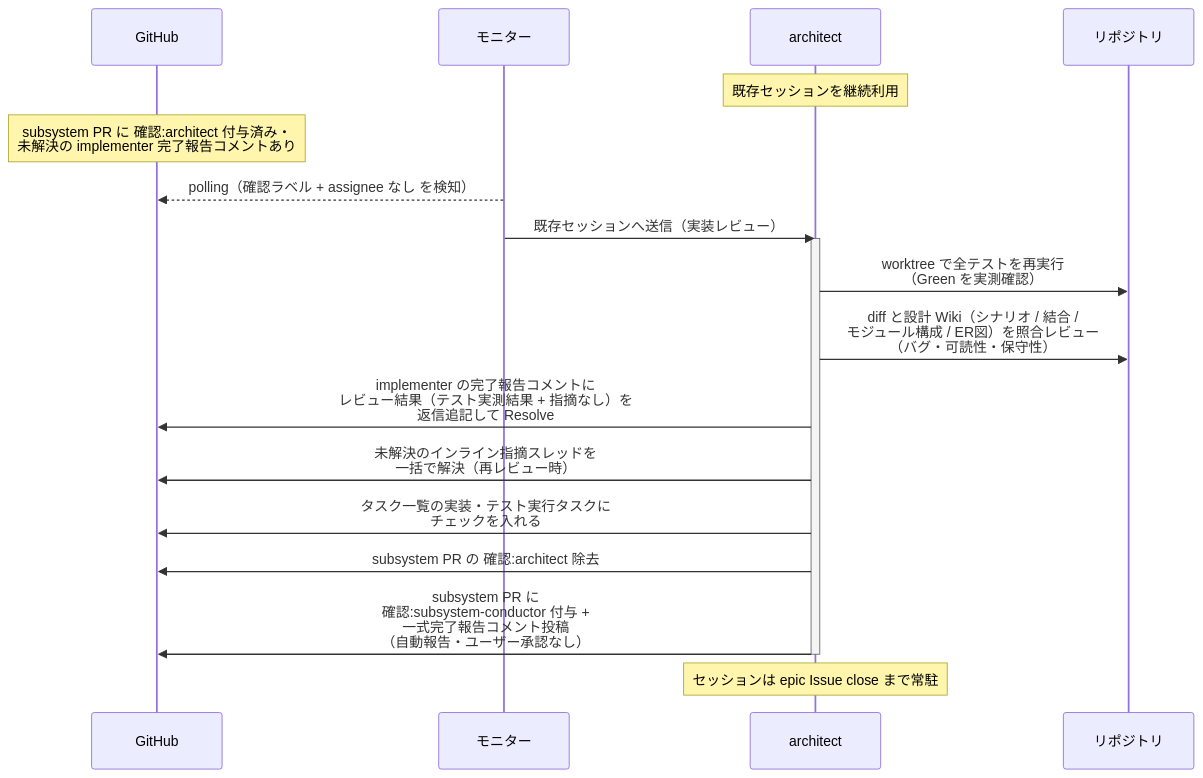
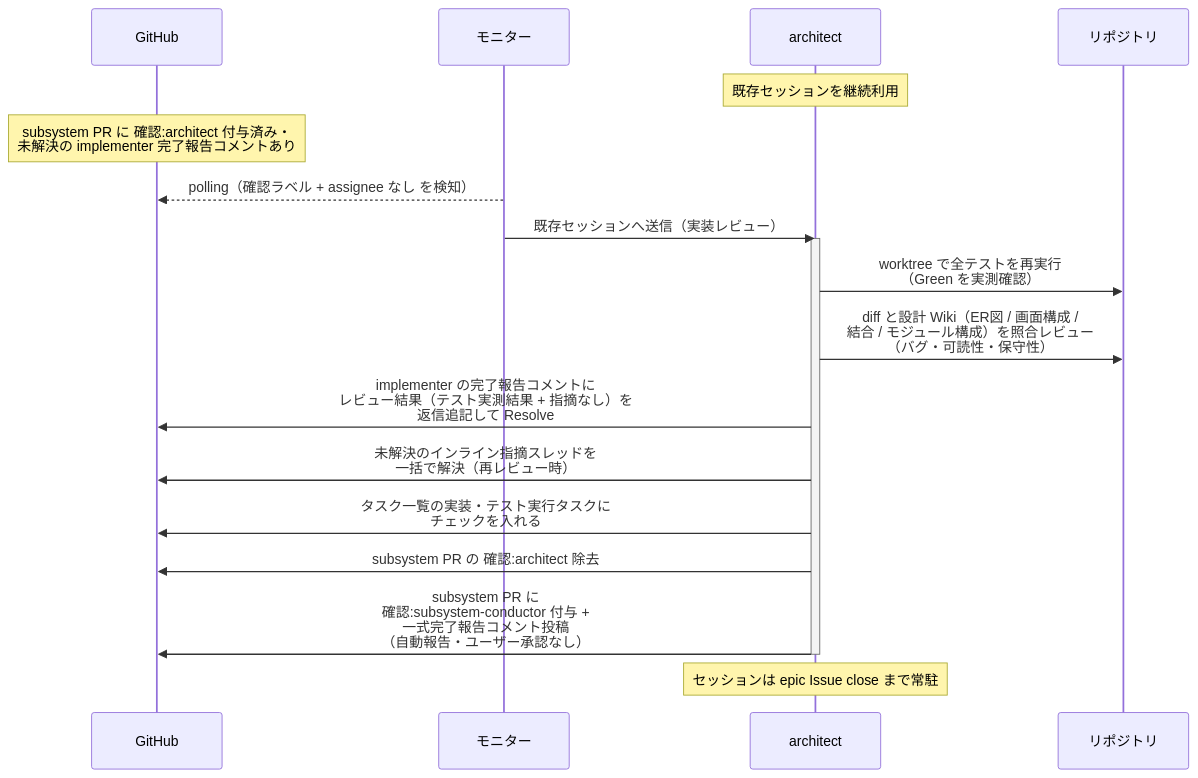
One commit to shuhei1101/ai-monitor changed the first of 2 diagrams in docs/wiki/設計図/シナリオ/単一ユースケース/実装レビュー.md. Above: the diagram before and after it, drawn with Mermaid. The commit also changed 67 other files, not shown here.

````diff
--- a/docs/wiki/設計図/シナリオ/単一ユースケース/実装レビュー.md
+++ b/docs/wiki/設計図/シナリオ/単一ユースケース/実装レビュー.md
@@ -25,22 +25,22 @@
 ```mermaid
 sequenceDiagram
   participant GH as GitHub
   participant ORC as モニター
   participant MON as architect
   participant REPO as リポジトリ
 
   Note over MON: 既存セッションを継続利用
   Note over GH: subsystem PR に 確認:architect 付与済み・<br>未解決の implementer 完了報告コメントあり
   ORC-->>GH: polling（確認ラベル + assignee なし を検知）
   ORC->>MON: 既存セッションへ送信（実装レビュー）
   activate MON
   MON->>REPO: worktree で全テストを再実行<br>（Green を実測確認）
-  MON->>REPO: diff と設計 Wiki（シナリオ / 結合 /<br>モジュール構成 / ER図）を照合レビュー<br>（バグ・可読性・保守性）
+  MON->>REPO: diff と設計 Wiki（ER図 / 画面構成 /<br>結合 / モジュール構成）を照合レビュー<br>（バグ・可読性・保守性）
   MON->>GH: implementer の完了報告コメントに<br>レビュー結果（テスト実測結果 + 指摘なし）を<br>返信追記して Resolve
   MON->>GH: 未解決のインライン指摘スレッドを<br>一括で解決（再レビュー時）
   MON->>GH: タスク一覧の実装・テスト実行タスクに<br>チェックを入れる
   MON->>GH: subsystem PR の 確認:architect 除去
   MON->>GH: subsystem PR に<br>確認:subsystem-conductor 付与 +<br>一式完了報告コメント投稿<br>（自動報告・ユーザー承認なし）
   deactivate MON
   Note over MON: セッションは epic Issue close まで常駐
 ```
````
